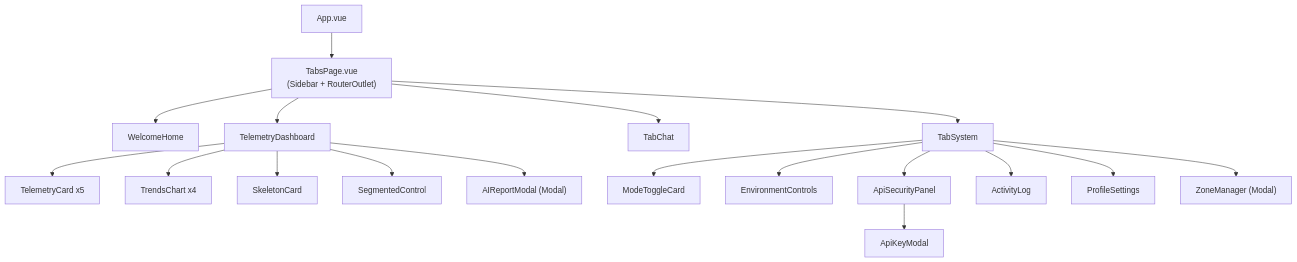
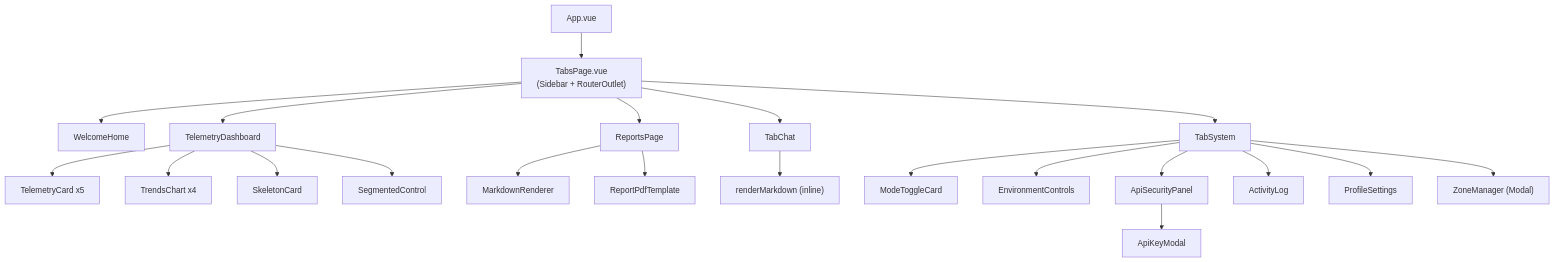
Before and after one commit to LNieto-V/agronexus-ui: the third of 7 diagrams in README.md, drawn with Mermaid. The commit also changed other lines of this file, not shown here.

First line of the commit message:
docs: update README to v2.6 — resilience, fallback reports & 429 handling

````diff
--- a/README.md
+++ b/README.md
@@ -95,26 +98,30 @@
 ```mermaid
 graph TD
     App["App.vue"]
     App --> TabsPage["TabsPage.vue<br/>(Sidebar + RouterOutlet)"]
     
     TabsPage --> WH["WelcomeHome"]
     TabsPage --> TD["TelemetryDashboard"]
     TabsPage --> TC["TabChat"]
+    TabsPage --> RP["ReportsPage"]
     TabsPage --> TS["TabSystem"]
 
     TD --> TC1["TelemetryCard x5"]
     TD --> TRC["TrendsChart x4"]
     TD --> SK["SkeletonCard"]
     TD --> SEG["SegmentedControl"]
+
+    RP --> MR["MarkdownRenderer"]
+    RP --> RPT["ReportPdfTemplate"]
+
+    TC --> MR2["renderMarkdown (inline)"]
 
     TS --> MTC["ModeToggleCard"]
     TS --> EC["EnvironmentControls"]
     TS --> ASP["ApiSecurityPanel"]
     TS --> AL["ActivityLog"]
     TS --> PS["ProfileSettings"]
     TS --> ZM["ZoneManager (Modal)"]
 
-    TD --> ARM["AIReportModal (Modal)"]
-
     ASP --> AKM["ApiKeyModal"]
 ```
````
